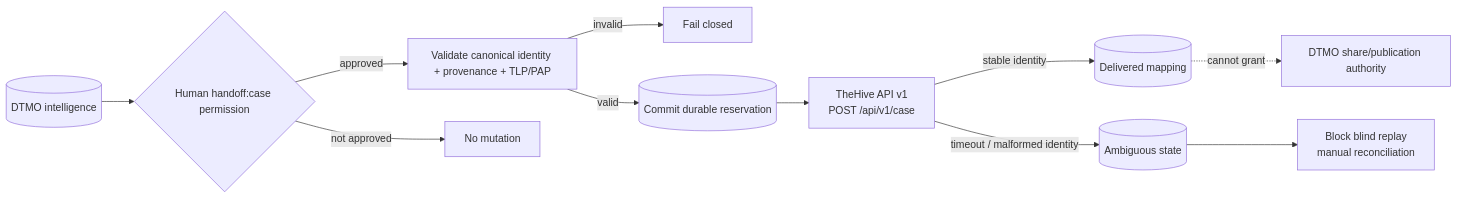
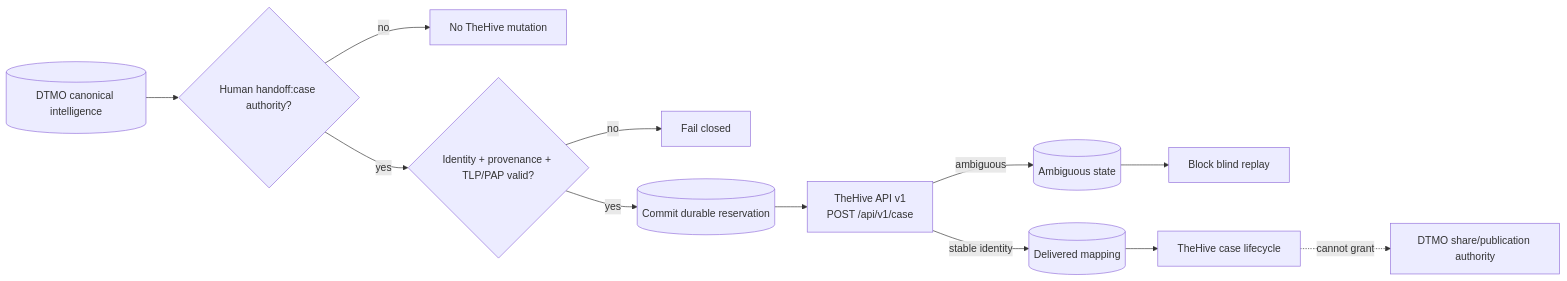
One commit to GJvManen/dtmo changed the diagram in docs/integrations/THEHIVE_HANDOFF.md. Above: the diagram before and after it, drawn with Mermaid. The commit also changed other lines of this file, not shown here.

Commit message:
docs: mark accepted TheHive handoff implementation complete

````diff
--- a/docs/integrations/THEHIVE_HANDOFF.md
+++ b/docs/integrations/THEHIVE_HANDOFF.md
@@ -19,13 +19,14 @@
 ```mermaid
 flowchart LR
-    D[(DTMO intelligence)] --> H{Human handoff:case permission}
-    H -->|approved| V[Validate canonical identity + provenance + TLP/PAP]
-    H -->|not approved| N[No mutation]
-    V -->|invalid| X[Fail closed]
-    V -->|valid| R[(Commit durable reservation)]
+    D[(DTMO canonical intelligence)] --> A{Human handoff:case authority?}
+    A -->|no| N[No TheHive mutation]
+    A -->|yes| V{Identity + provenance + TLP/PAP valid?}
+    V -->|no| X[Fail closed]
+    V -->|yes| R[(Commit durable reservation)]
     R --> T[TheHive API v1\nPOST /api/v1/case]
     T -->|stable identity| M[(Delivered mapping)]
-    T -->|timeout / malformed identity| A[(Ambiguous state)]
-    A --> B[Block blind replay\nmanual reconciliation]
-    M -. cannot grant .-> S[DTMO share/publication authority]
+    T -->|ambiguous| U[(Ambiguous state)]
+    U --> B[Block blind replay]
+    M --> H[TheHive case lifecycle]
+    H -. cannot grant .-> S[DTMO share/publication authority]
 ```
````
